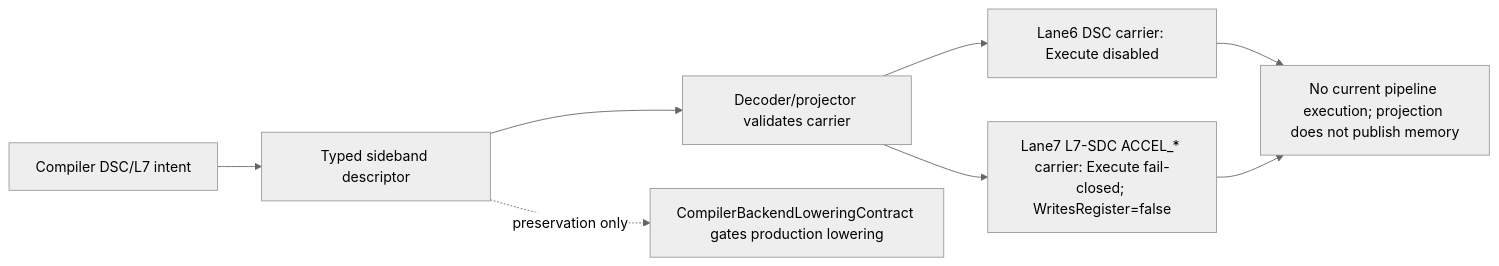
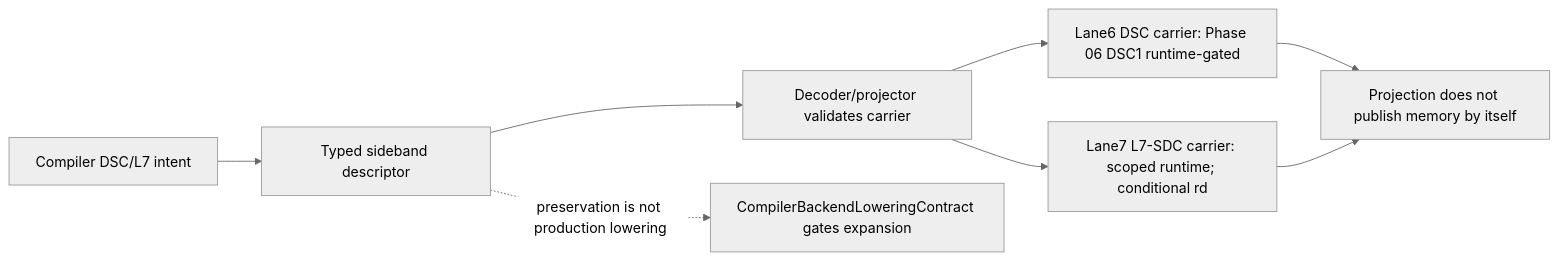
One commit to yuriyyak23/HybridCPU-v2 changed the fifth of 15 diagrams in README.md. Above: the diagram before and after it, drawn with Mermaid (neutral theme). The commit also changed other lines of this file and 1360 other files, not shown here.

````diff
--- a/README.md
+++ b/README.md
@@ -427,10 +456,10 @@
 ```mermaid
 flowchart LR
     IR["Compiler DSC/L7 intent"] --> SIDE["Typed sideband descriptor"]
     SIDE --> DEC["Decoder/projector validates carrier"]
-    DEC --> DSC["Lane6 DSC carrier: Execute disabled"]
-    DEC --> L7["Lane7 L7-SDC ACCEL_* carrier: Execute fail-closed; WritesRegister=false"]
-    DSC --> CLOSED["No current pipeline execution; projection does not publish memory"]
-    L7 --> CLOSED
-    SIDE -. "preservation only" .-> GATE["CompilerBackendLoweringContract gates production lowering"]
+    DEC --> DSC["Lane6 DSC carrier: Phase 06 DSC1 runtime-gated"]
+    DEC --> L7["Lane7 L7-SDC carrier: scoped runtime; conditional rd"]
+    DSC --> GATED["Projection does not publish memory by itself"]
+    L7 --> GATED
+    SIDE -. "preservation is not production lowering" .-> GATE["CompilerBackendLoweringContract gates expansion"]
 ```
````
